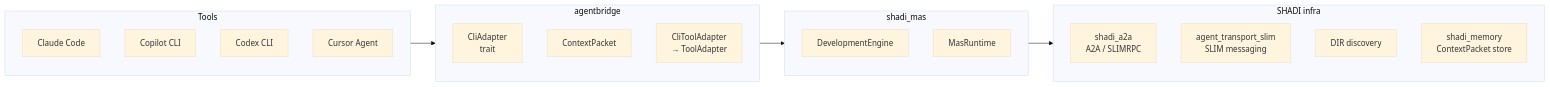
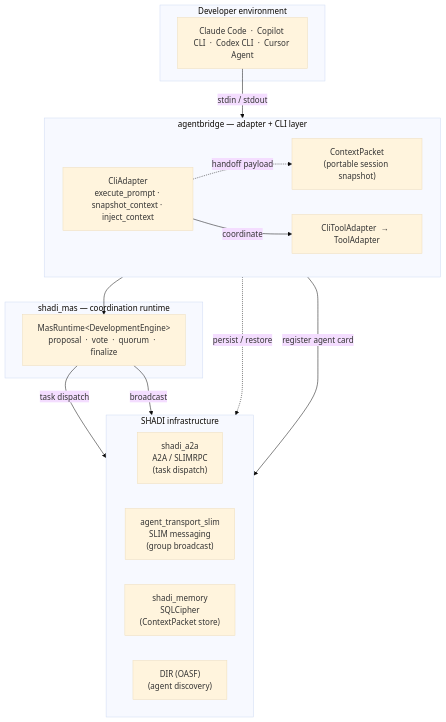
One commit to agntcy/shadi changed the sixth of 6 diagrams in docs/architecture.md. Above: the diagram before and after it, drawn with Mermaid (base theme). The commit also changed other lines of this file, not shown here.

Commit message:
docs(architecture): replace agentbridge line diagram with layered flowchart
Replace the four-box LR chain (Tools→Bridge→Coordination→Infra) with a
TB flowchart that shows:
- labelled edges (stdin/stdout, coordinate, handoff payload, task
  dispatch, broadcast, persist/restore, register agent card)
- solid vs. dashed arrow convention (execution path vs. handoff path)
- roles of each SHADI infra component inline (task dispatch, group
  broadcast, SQLCipher store, OASF discovery)

Replace the three-bullet interaction model list with a table mapping
each CLI command to what it does and which components it uses.

````diff
--- a/docs/architecture.md
+++ b/docs/architecture.md
@@ -522,31 +522,33 @@
 ```mermaid
-flowchart LR
-  subgraph Tools
-    C[Claude Code]
-    P[Copilot CLI]
-    D[Codex CLI]
-    CA[Cursor Agent]
+flowchart TB
+  subgraph devenv["Developer environment"]
+    tools["Claude Code  ·  Copilot CLI  ·  Codex CLI  ·  Cursor Agent"]
   end
 
-  subgraph Bridge[agentbridge]
-    A[CliAdapter\ntrait]
-    CP[ContextPacket]
-    CTA[CliToolAdapter\n→ ToolAdapter]
+  subgraph agb["agentbridge  —  adapter + CLI layer"]
+    direction LR
+    adp["CliAdapter\nexecute_prompt · snapshot_context · inject_context"]
+    pkt["ContextPacket\n(portable session snapshot)"]
+    brd["CliToolAdapter  →  ToolAdapter"]
   end
 
-  subgraph Coordination[shadi_mas]
-    DE[DevelopmentEngine]
-    RT[MasRuntime]
+  subgraph mas["shadi_mas  —  coordination runtime"]
+    rt["MasRuntime&lt;DevelopmentEngine&gt;\nproposal  ·  vote  ·  quorum  ·  finalize"]
   end
 
-  subgraph Infra[SHADI infra]
-    A2A[shadi_a2a\nA2A / SLIMRPC]
-    SLIM[agent_transport_slim\nSLIM messaging]
-    DIR[DIR discovery]
-    MEM[shadi_memory\nContextPacket store]
+  subgraph infra["SHADI infrastructure"]
+    direction LR
+    a2a["shadi_a2a\nA2A / SLIMRPC\n(task dispatch)"]
+    slim["agent_transport_slim\nSLIM messaging\n(group broadcast)"]
+    mem["shadi_memory\nSQLCipher\n(ContextPacket store)"]
+    dir["DIR  (OASF)\n(agent discovery)"]
   end
 
-  Tools --> Bridge
-  Bridge --> Coordination
-  Coordination --> Infra
+  tools -- "stdin / stdout" --> adp
+  adp -. "handoff payload" .-> pkt
+  adp -- "coordinate" --> brd --> rt
+  pkt -. "persist / restore" .-> mem
+  rt -- "task dispatch" --> a2a
+  rt -- "broadcast" --> slim
+  adp -- "register agent card" --> dir
 ```
````
